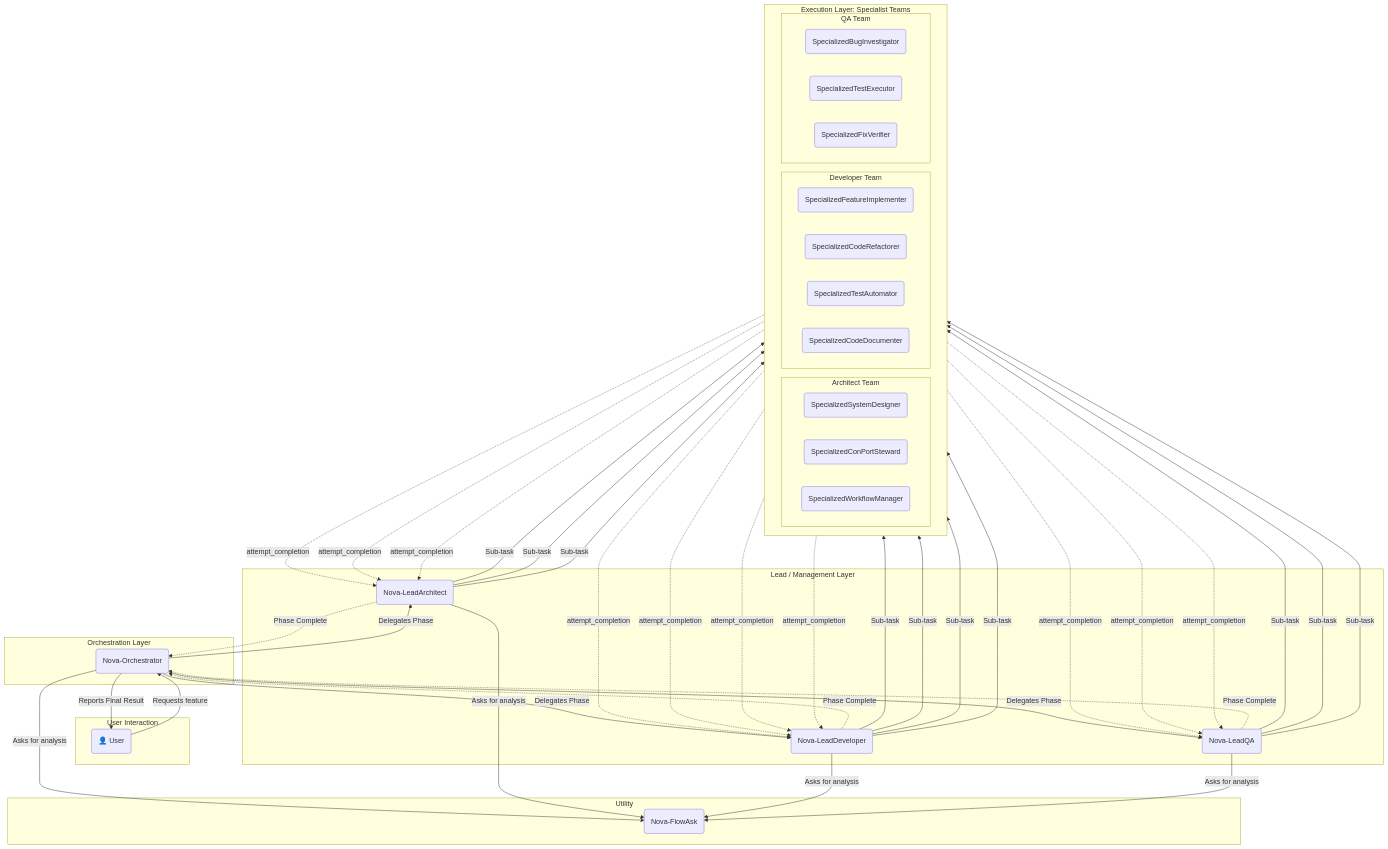
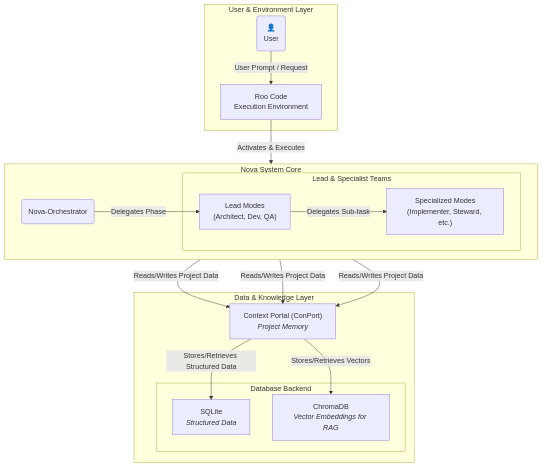
Before and after one commit to Siroopfles/NovaPort: the first of 3 diagrams in README.md, drawn with Mermaid. The commit also changed other lines of this file and 5 other files, not shown here.

Commit message:
feat: Implement validation scripts for workflow manifest and system prompts

````diff
--- a/README.md
+++ b/README.md
@@ -205,82 +205,36 @@
 ```mermaid
 graph TD
-    subgraph "User Interaction"
-        User(👤 User)
+    subgraph "User & Environment Layer"
+        User(👤<br/>User)
+        RooEnv["Roo Code<br/>Execution Environment"]
     end
 
-    subgraph "Orchestration Layer"
+    subgraph "Nova System Core"
+        direction LR
         Orchestrator(Nova-Orchestrator)
+        subgraph "Lead & Specialist Teams"
+            LeadModes["Lead Modes<br/>(Architect, Dev, QA)"]
+            SpecializedModes["Specialized Modes<br/>(Implementer, Steward, etc.)"]
+        end
     end
 
-    subgraph "Lead / Management Layer"
-        LeadArch(Nova-LeadArchitect)
-        LeadDev(Nova-LeadDeveloper)
-        LeadQA(Nova-LeadQA)
-    end
-    
-    subgraph "Execution Layer: Specialist Teams"
-        direction LR
-        subgraph "Architect Team"
-            S_Designer(SpecializedSystemDesigner)
-            S_ConPort(SpecializedConPortSteward)
-            S_Workflow(SpecializedWorkflowManager)
-        end
-        subgraph "Developer Team"
-            S_Implementer(SpecializedFeatureImplementer)
-            S_Refactorer(SpecializedCodeRefactorer)
-            S_TestAutomator(SpecializedTestAutomator)
-            S_Doc(SpecializedCodeDocumenter)
-        end
-        subgraph "QA Team"
-            S_Investigator(SpecializedBugInvestigator)
-            S_Executor(SpecializedTestExecutor)
-            S_Verifier(SpecializedFixVerifier)
+    subgraph "Data & Knowledge Layer"
+        ConPort["Context Portal (ConPort)<br/><i>Project Memory</i>"]
+        subgraph "Database Backend"
+            SQLite["SQLite<br/><i>Structured Data</i>"]
+            ChromaDB["ChromaDB<br/><i>Vector Embeddings for RAG</i>"]
         end
     end
     
-    subgraph "Utility"
-        FlowAsk(Nova-FlowAsk)
-    end
-
-    %% Main Request Flow
-    User -- "Requests feature" --> Orchestrator
-    Orchestrator -- "Delegates Phase" --> LeadArch
-    Orchestrator -- "Delegates Phase" --> LeadDev
-    Orchestrator -- "Delegates Phase" --> LeadQA
-    Orchestrator -- "Reports Final Result" --> User
-
-    %% Architect Delegation & Feedback
-    LeadArch -- "Sub-task" --> S_Designer
-    LeadArch -- "Sub-task" --> S_ConPort
-    LeadArch -- "Sub-task" --> S_Workflow
-    S_Designer -.-> |attempt_completion| LeadArch
-    S_ConPort  -.-> |attempt_completion| LeadArch
-    S_Workflow -.-> |attempt_completion| LeadArch
-    LeadArch -.-> |Phase Complete| Orchestrator
-
-    %% Developer Delegation & Feedback
-    LeadDev -- "Sub-task" --> S_Implementer
-    LeadDev -- "Sub-task" --> S_Refactorer
-    LeadDev -- "Sub-task" --> S_TestAutomator
-    LeadDev -- "Sub-task" --> S_Doc
-    S_Implementer   -.-> |attempt_completion| LeadDev
-    S_Refactorer    -.-> |attempt_completion| LeadDev
-    S_TestAutomator -.-> |attempt_completion| LeadDev
-    S_Doc           -.-> |attempt_completion| LeadDev
-    LeadDev -.-> |Phase Complete| Orchestrator
+    User -- "User Prompt / Request" --> RooEnv
+    RooEnv -- "Activates & Executes" --> Orchestrator
+    Orchestrator -- "Delegates Phase" --> LeadModes
+    LeadModes -- "Delegates Sub-task" --> SpecializedModes
     
-    %% QA Delegation & Feedback
-    LeadQA -- "Sub-task" --> S_Investigator
-    LeadQA -- "Sub-task" --> S_Executor
-    LeadQA -- "Sub-task" --> S_Verifier
-    S_Investigator -.-> |attempt_completion| LeadQA
-    S_Executor     -.-> |attempt_completion| LeadQA
-    S_Verifier     -.-> |attempt_completion| LeadQA
-    LeadQA -.-> |Phase Complete| Orchestrator
-
-    %% FlowAsk Utility Calls
-    Orchestrator -- "Asks for analysis" --> FlowAsk
-    LeadArch -- "Asks for analysis" --> FlowAsk
-    LeadDev -- "Asks for analysis" --> FlowAsk
-    LeadQA -- "Asks for analysis" --> FlowAsk
+    SpecializedModes -- "Reads/Writes Project Data" --> ConPort
+    LeadModes -- "Reads/Writes Project Data" --> ConPort
+    Orchestrator -- "Reads/Writes Project Data" --> ConPort
+    
+    ConPort -- "Stores/Retrieves Structured Data" --> SQLite
+    ConPort -- "Stores/Retrieves Vectors" --> ChromaDB
 ```
````
